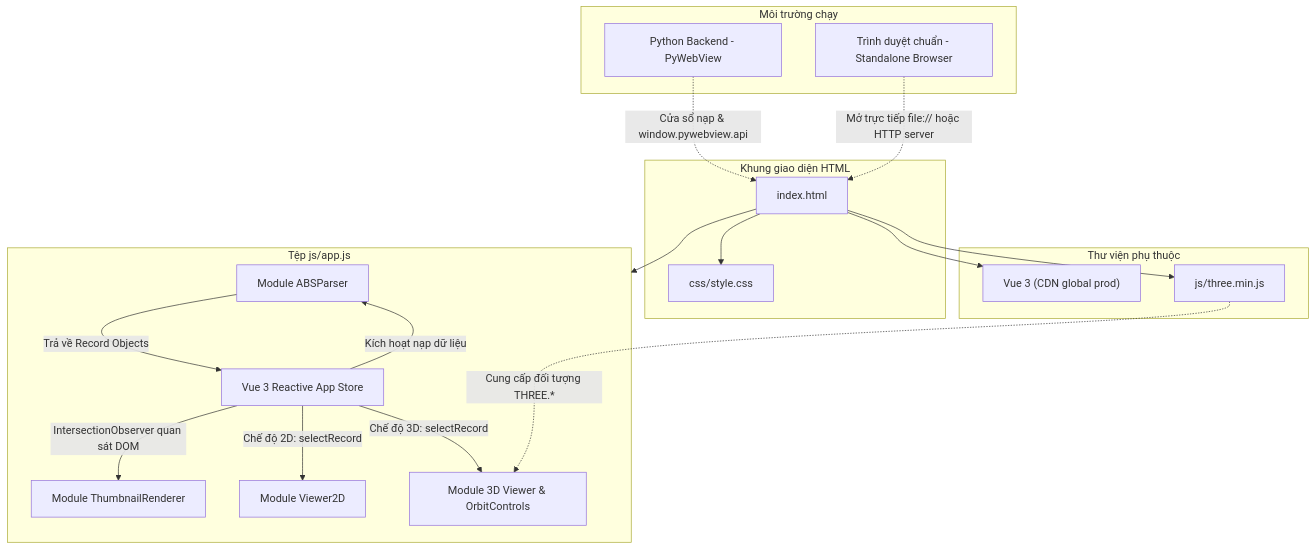
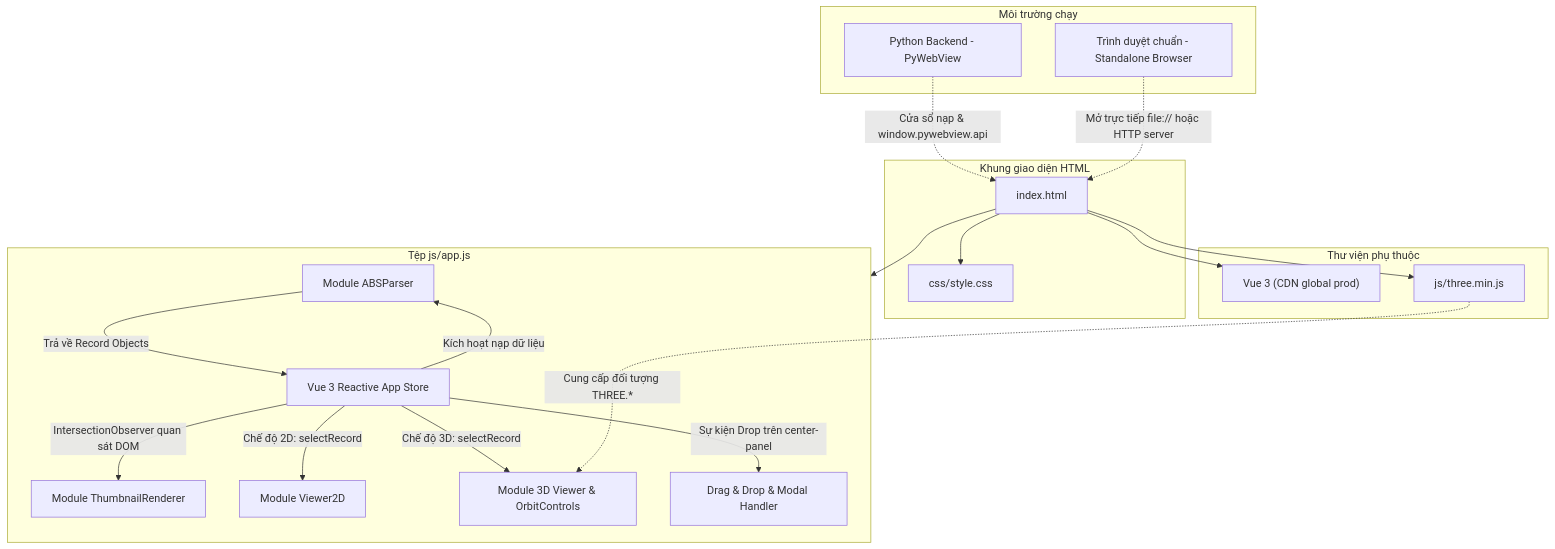
One commit to 4431thuc/ABSviewer changed the diagram in connection.md. Above: the diagram before and after it, drawn with Mermaid. The commit also changed other lines of this file and 7 other files, not shown here.

````diff
--- a/connection.md
+++ b/connection.md
@@ -9,40 +9,42 @@
 ```mermaid
 graph TD
     subgraph Host_Environment [Môi trường chạy]
         PyWebView[Python Backend - PyWebView]
         BrowserEnv[Trình duyệt chuẩn - Standalone Browser]
     end
 
     subgraph DOM_Host [Khung giao diện HTML]
         Index[index.html]
         CSS[css/style.css]
     end
 
     subgraph Libraries [Thư viện phụ thuộc]
         VueCDN["Vue 3 (CDN global prod)"]
         ThreeMin["js/three.min.js"]
     end
 
     subgraph Core_Application [Tệp js/app.js]
         Parser[Module ABSParser]
         State[Vue 3 Reactive App Store]
         Thumb[Module ThumbnailRenderer]
         V2D[Module Viewer2D]
         V3D[Module 3D Viewer & OrbitControls]
+        DragDrop[Drag & Drop & Modal Handler]
     end
 
     Index --> CSS
     Index --> VueCDN
     Index --> ThreeMin
     Index --> Core_Application
 
     PyWebView -.->|Cửa sổ nạp & window.pywebview.api| Index
     BrowserEnv -.->|Mở trực tiếp file:// hoặc HTTP server| Index
 
     State -->|Kích hoạt nạp dữ liệu| Parser
     Parser -->|Trả về Record Objects| State
     State -->|IntersectionObserver quan sát DOM| Thumb
     State -->|Chế độ 2D: selectRecord| V2D
     State -->|Chế độ 3D: selectRecord| V3D
+    State -->|Sự kiện Drop trên center-panel| DragDrop
     ThreeMin -.->|Cung cấp đối tượng THREE.*| V3D
 ```
````
